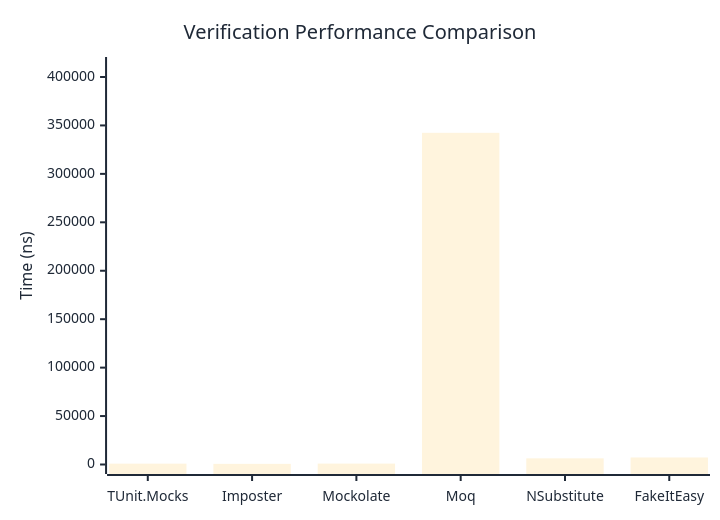
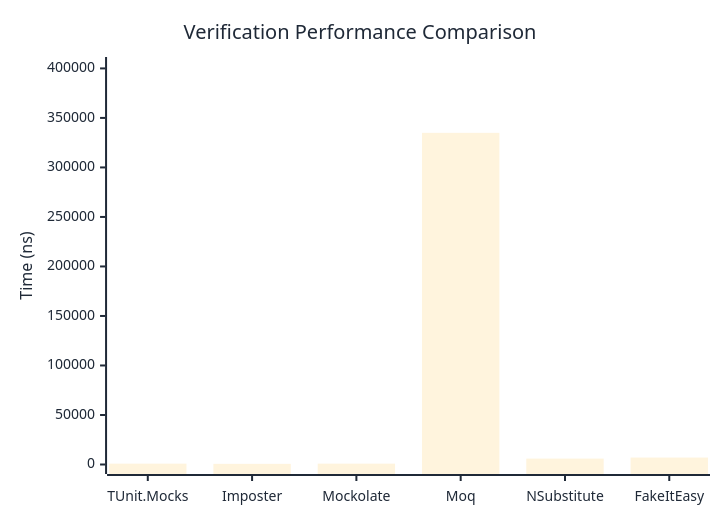
One commit to thomhurst/TUnit changed the first of 3 diagrams in docs/docs/benchmarks/mocks/Verification.md. Above: the diagram before and after it, drawn with Mermaid. The commit also changed other lines of this file and 13 other files, not shown here.

````diff
--- a/docs/docs/benchmarks/mocks/Verification.md
+++ b/docs/docs/benchmarks/mocks/Verification.md
@@ -28,27 +28,27 @@
 ```mermaid
 %%{init: {
   'theme':'base',
   'themeVariables': {
     'primaryColor': '#2563eb',
     'primaryTextColor': '#1f2937',
     'primaryBorderColor': '#1e40af',
     'lineColor': '#6b7280',
     'secondaryColor': '#7c3aed',
     'tertiaryColor': '#dc2626',
     'background': '#ffffff',
     'pie1': '#2563eb',
     'pie2': '#7c3aed',
     'pie3': '#dc2626',
     'pie4': '#f59e0b',
     'pie5': '#10b981',
     'pie6': '#06b6d4',
     'pie7': '#ec4899',
     'pie8': '#6366f1'
   }
 }}%%
 xychart-beta
   title "Verification Performance Comparison"
   x-axis ["TUnit.Mocks", "Imposter", "Mockolate", "Moq", "NSubstitute", "FakeItEasy"]
-  y-axis "Time (ns)" 0 --> 410833
-  bar [896.9, 680.42, 925.96, 342360.82, 6357.02, 7241.56]
+  y-axis "Time (ns)" 0 --> 401927
+  bar [863.3, 669.6, 873.68, 334938.35, 5955.45, 7009.46]
 ```
````
